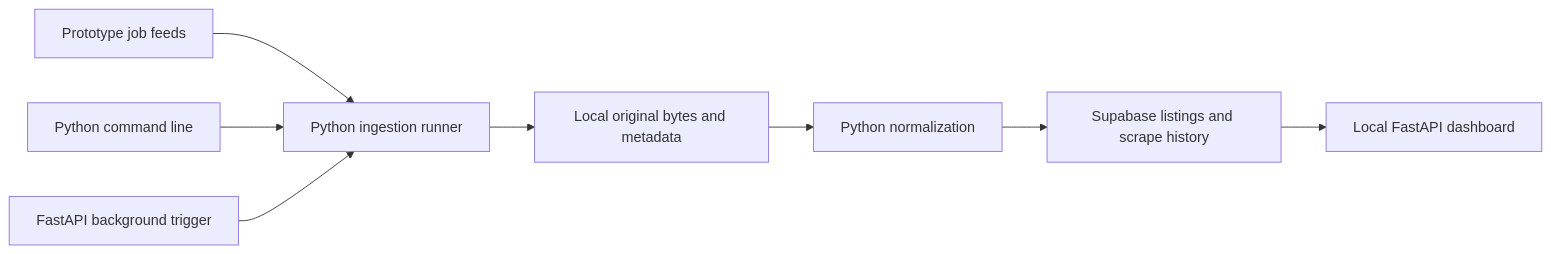
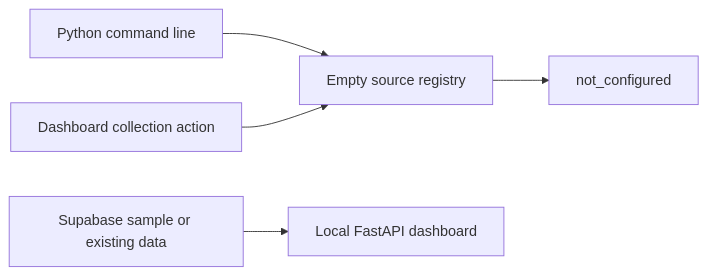
One commit to PejaLattrell/QueryWork-PH changed the first of 2 diagrams in docs/architecture.MD. Above: the diagram before and after it, drawn with Mermaid. The commit also changed other lines of this file and 27 other files, not shown here.

````diff
--- a/docs/architecture.MD
+++ b/docs/architecture.MD
@@ -7,10 +7,7 @@
 ```mermaid
 flowchart LR
-    Feed[Prototype job feeds] --> Collector[Python ingestion runner]
-    CLI[Python command line] --> Collector
-    Trigger[FastAPI background trigger] --> Collector
-    Collector --> Landing[Local original bytes and metadata]
-    Landing --> Normalize[Python normalization]
-    Normalize --> DB[Supabase listings and scrape history]
-    DB --> App[Local FastAPI dashboard]
+    CLI[Python command line] --> Gate[Empty source registry]
+    Trigger[Dashboard collection action] --> Gate
+    Gate --> Status[not_configured]
+    DB[Supabase sample or existing data] --> App[Local FastAPI dashboard]
 ```
````
